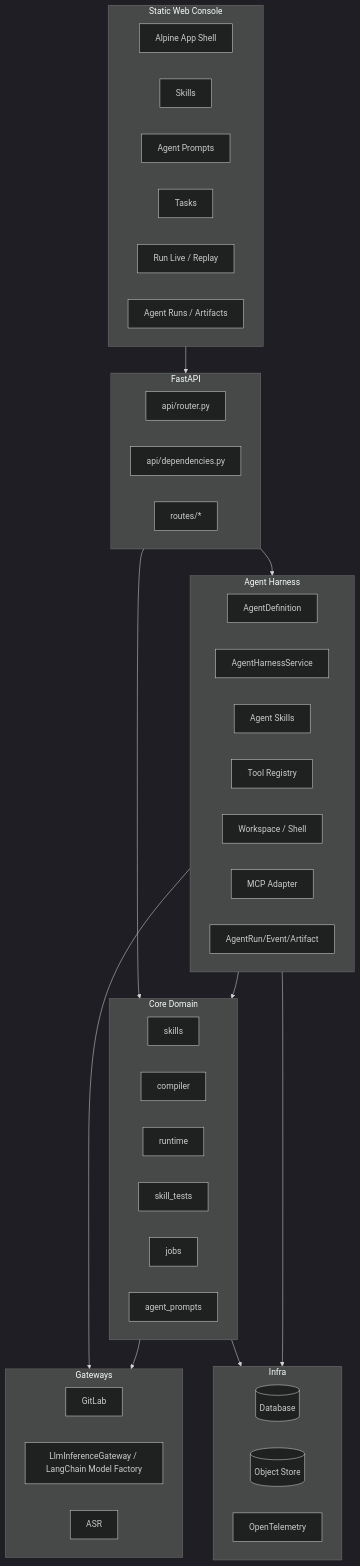
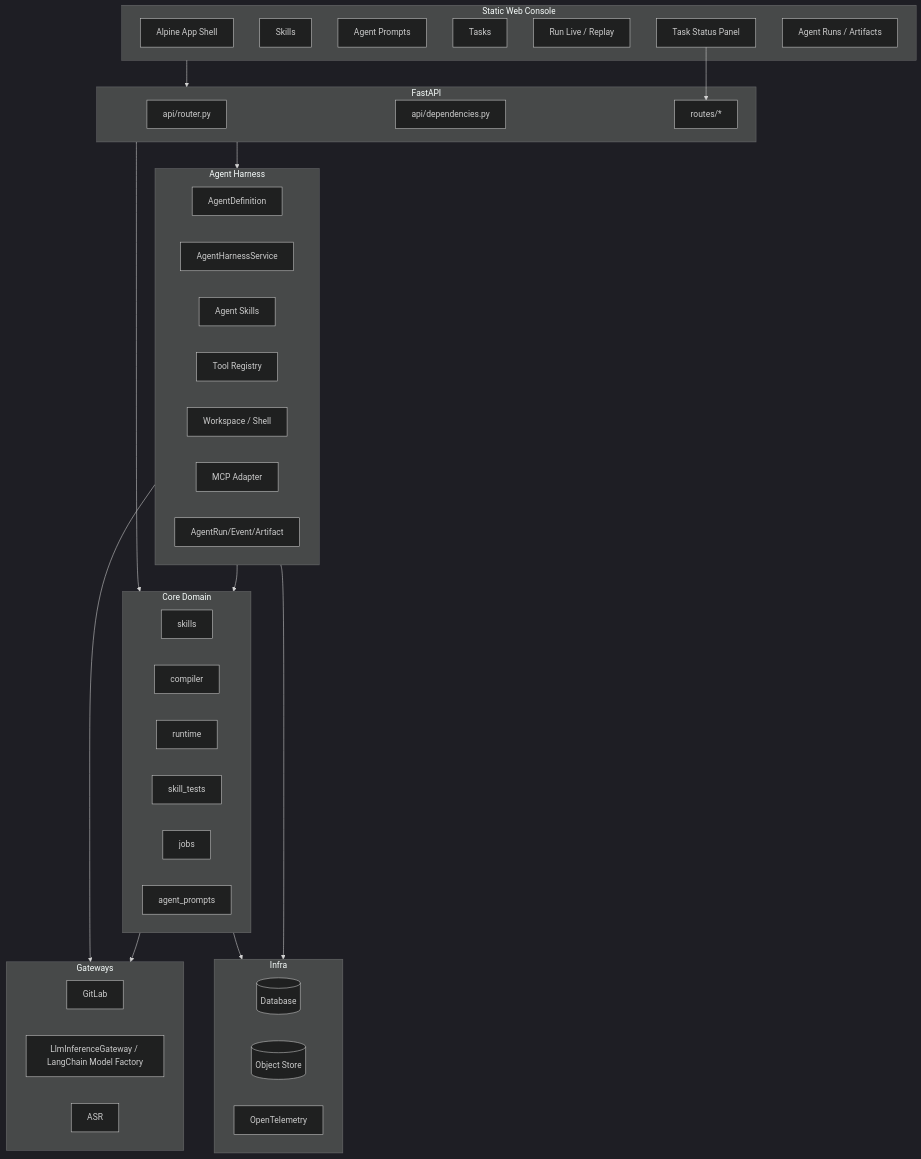
One commit to servforce/psop changed the diagram in docs/architecture/system-architecture.md. Above: the diagram before and after it, drawn with Mermaid (dark theme). The commit also changed other lines of this file and 20 other files, not shown here.

Commit message:
Add live run task status panel

````diff
--- a/docs/architecture/system-architecture.md
+++ b/docs/architecture/system-architecture.md
@@ -277,57 +304,59 @@
 ```mermaid
 flowchart TB
     subgraph UI[Static Web Console]
         Web[Alpine App Shell]
         SkillsUI[Skills]
         PromptsUI[Agent Prompts]
         TasksUI[Tasks]
         RunUI[Run Live / Replay]
+        TaskPanel[Task Status Panel]
         AgentUI[Agent Runs / Artifacts]
     end
 
     subgraph API[FastAPI]
         Router[api/router.py]
         Deps[api/dependencies.py]
         Routes[routes/*]
     end
 
     subgraph Harness[Agent Harness]
         Def[AgentDefinition]
         AgentService[AgentHarnessService]
         AgentSkills[Agent Skills]
         ToolRegistry[Tool Registry]
         Workspace[Workspace / Shell]
         Mcp[MCP Adapter]
         AgentFacts[AgentRun/Event/Artifact]
     end
 
     subgraph Domain[Core Domain]
         Skills[skills]
         Compiler[compiler]
         Runtime[runtime]
         Tests[skill_tests]
         Jobs[jobs]
         Prompts[agent_prompts]
     end
 
     subgraph Gateway[Gateways]
         GitLab[GitLab]
         LLM[LlmInferenceGateway / LangChain Model Factory]
         ASR[ASR]
     end
 
     subgraph Infra[Infra]
         DB[(Database)]
         S3[(Object Store)]
         OTel[OpenTelemetry]
     end
 
     UI --> API
+    TaskPanel --> Routes
     API --> Domain
     API --> Harness
     Harness --> Domain
     Harness --> Gateway
     Domain --> Gateway
     Domain --> Infra
     Harness --> Infra
 ```
````
